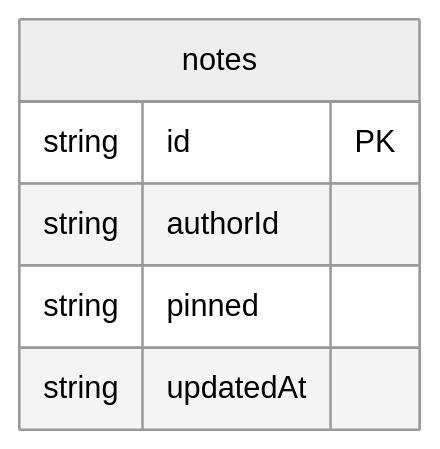
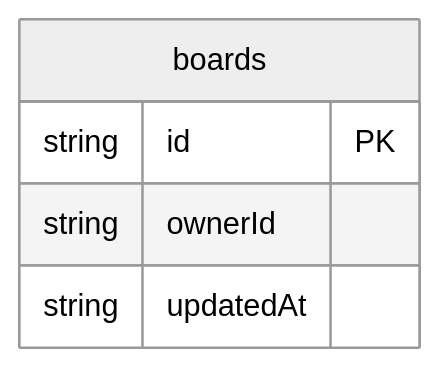
The diagram in prototypes/canvas-board-demo/docs/DATA_MODEL.md (DailybotHQ/protoyard), drawn with Mermaid (neutral theme) before and after one commit. The commit also changed other lines of this file and 7 other files, not shown here.

````diff
--- a/prototypes/canvas-board-demo/docs/DATA_MODEL.md
+++ b/prototypes/canvas-board-demo/docs/DATA_MODEL.md
@@ -18,9 +21,8 @@
 ```mermaid
 erDiagram
-  notes {
+  boards {
     string id PK
-    string authorId
-    string pinned
+    string ownerId
     string updatedAt
   }
 ```
````
